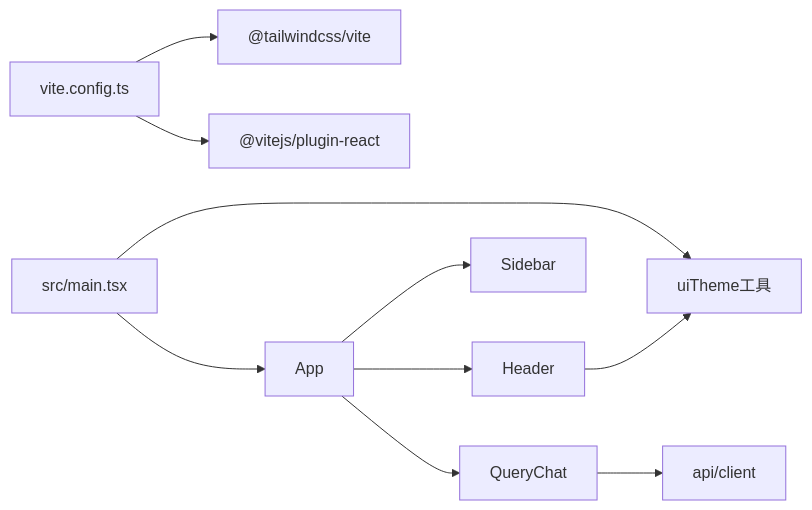
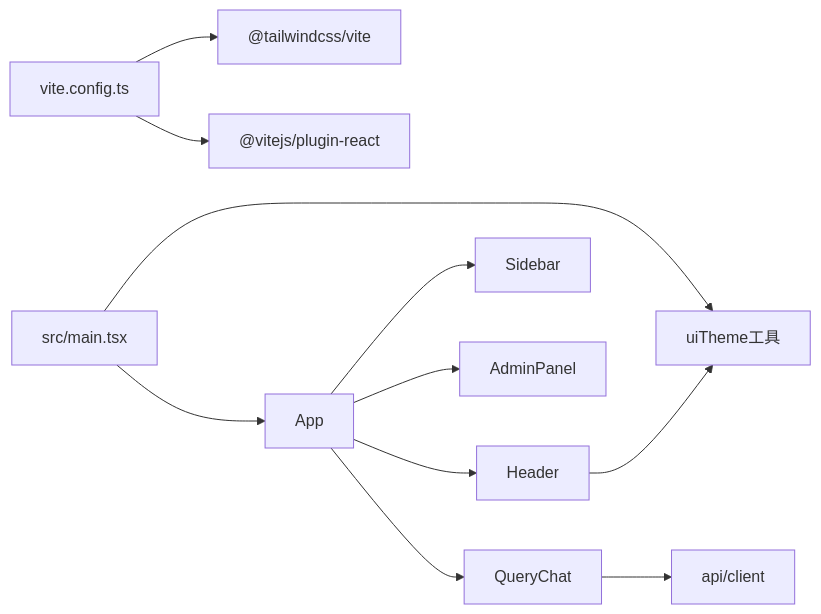
One commit to dgjin/smart-data-analytics changed the fifth of 5 diagrams in .qoder/repowiki/zh/content/前端应用/UI_UX设计.md. Above: the diagram before and after it, drawn with Mermaid. The commit also changed other lines of this file and 146 other files, not shown here.

````diff
--- a/.qoder/repowiki/zh/content/前端应用/UI_UX设计.md
+++ b/.qoder/repowiki/zh/content/前端应用/UI_UX设计.md
@@ -213,12 +275,13 @@
 ```mermaid
 graph LR
 V["vite.config.ts"] --> T["@tailwindcss/vite"]
 V --> P["@vitejs/plugin-react"]
 M["src/main.tsx"] --> U["uiTheme工具"]
 M --> A["App"]
 A --> H["Header"]
 A --> S["Sidebar"]
+A --> AP["AdminPanel"]
 A --> Q["QueryChat"]
 H --> U
 Q --> API["api/client"]
 ```
````
